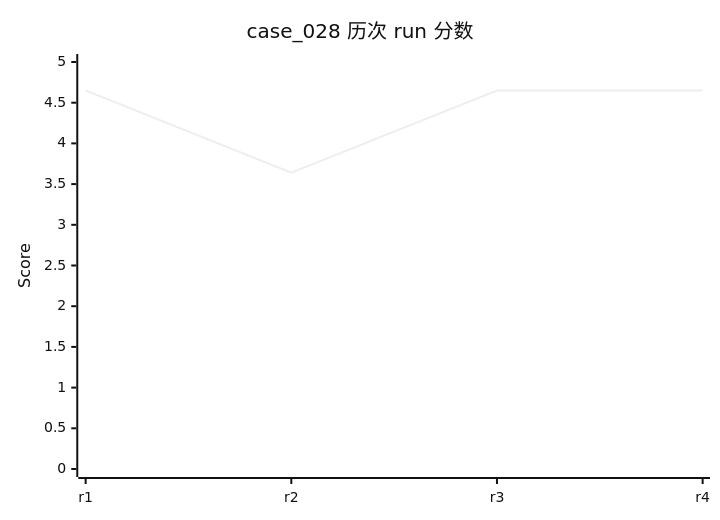
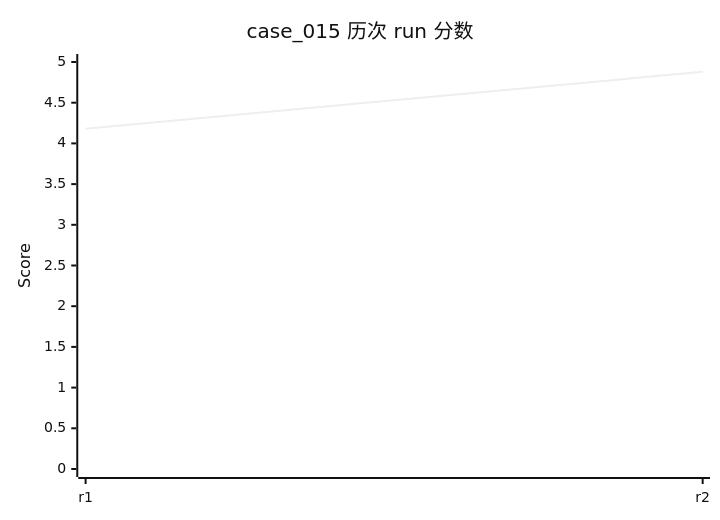
One commit to rushengzhou/sid-code changed diagram 19 of 34 in evals/DASHBOARD.md. Above: the diagram before and after it, drawn with Mermaid (neutral theme). The commit also changed other lines of this file and 63 other files, not shown here.

````diff
--- a/evals/DASHBOARD.md
+++ b/evals/DASHBOARD.md
@@ -326,7 +426,7 @@
 ```mermaid
 xychart-beta
-    title "case_028 历次 run 分数"
-    x-axis [r1, r2, r3, r4]
+    title "case_015 历次 run 分数"
+    x-axis [r1, r2]
     y-axis "Score" 0 --> 5
-    line [4.65, 3.64, 4.65, 4.65]
+    line [4.18, 4.88]
 ```
````
